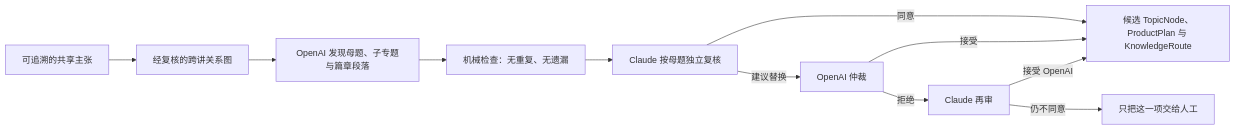
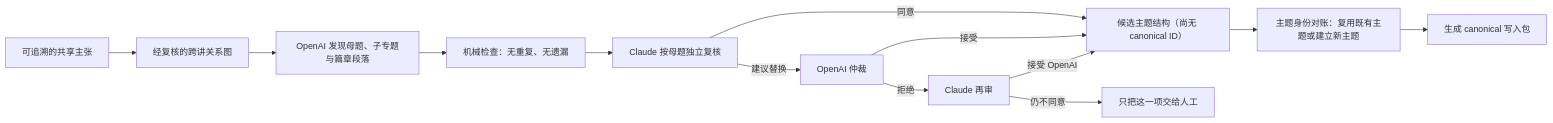
Before and after one commit to junyang168/smart-answer: the diagram in docs/wang-knowledge-platform/topic_structure_discovery_workflow_v1.md, drawn with Mermaid. The commit also changed other lines of this file and 5 other files, not shown here.

````diff
--- a/docs/wang-knowledge-platform/topic_structure_discovery_workflow_v1.md
+++ b/docs/wang-knowledge-platform/topic_structure_discovery_workflow_v1.md
@@ -9,13 +9,15 @@
 ```mermaid
 flowchart LR
     C["可追溯的共享主张"] --> R["经复核的跨讲关系图"]
     R --> D["OpenAI 发现母题、子专题与篇章段落"]
     D --> V["机械检查：无重复、无遗漏"]
     V --> A["Claude 按母题独立复核"]
-    A -->|同意| P["候选 TopicNode、ProductPlan 与 KnowledgeRoute"]
+    A -->|同意| P["候选主题结构（尚无 canonical ID）"]
     A -->|建议替换| O["OpenAI 仲裁"]
     O -->|接受| P
     O -->|拒绝| C2["Claude 再审"]
     C2 -->|接受 OpenAI| P
     C2 -->|仍不同意| H["只把这一项交给人工"]
+    P --> I["主题身份对账：复用既有主题或建立新主题"]
+    I --> W["生成 canonical 写入包"]
 ```
````
